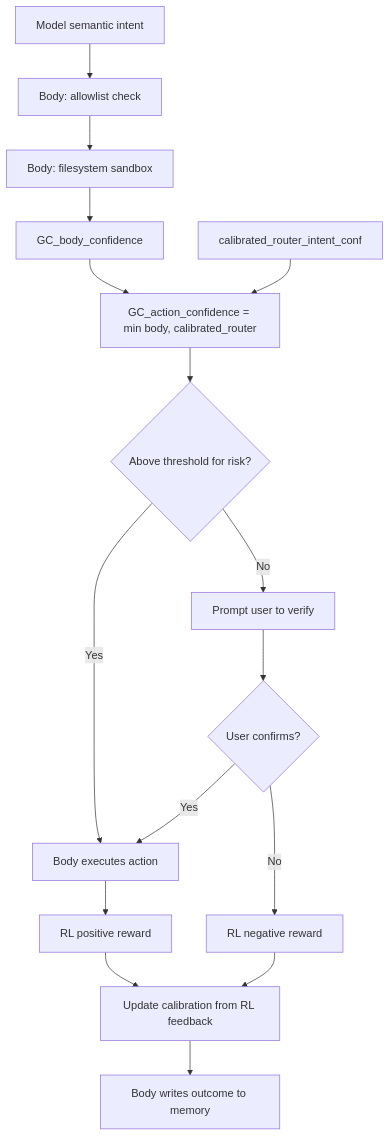
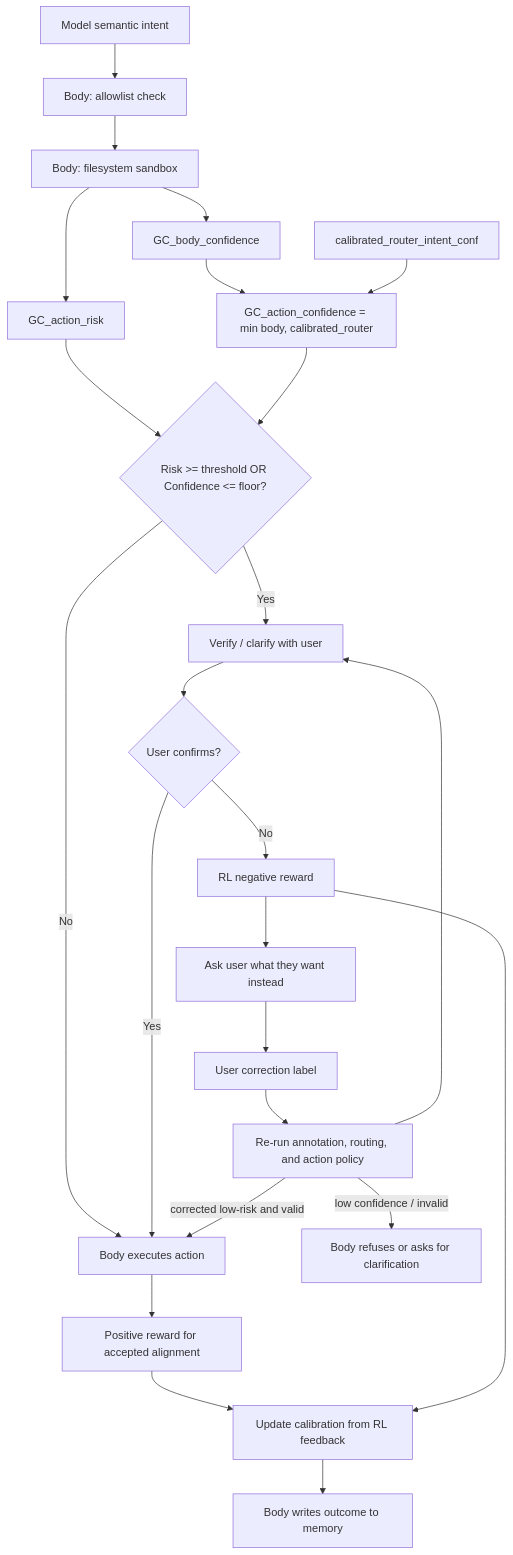
One commit to Reaper3825/G.R.I.M changed the second of 2 diagrams in .cursor/plans/multi-model_orchestration_plan_db0f5fca.plan.md. Above: the diagram before and after it, drawn with Mermaid. The commit also changed other lines of this file and 23 other files, not shown here.

````diff
--- a/.cursor/plans/multi-model_orchestration_plan_db0f5fca.plan.md
+++ b/.cursor/plans/multi-model_orchestration_plan_db0f5fca.plan.md
@@ -303,33 +854,46 @@
 ```mermaid
 flowchart TD
   ModelOut[Model semantic intent]
   Allowlist[Body: allowlist check]
   Sandbox[Body: filesystem sandbox]
+  RiskScore[GC_action_risk]
   BodyConf[GC_body_confidence]
   CalibratedRouter[calibrated_router_intent_conf]
   ActionConf[GC_action_confidence = min body, calibrated_router]
-  Gate{Above threshold for risk?}
+  VerifyGate{Risk >= threshold OR Confidence <= floor?}
   Execute[Body executes action]
-  PromptUser[Prompt user to verify]
+  PromptUser[Verify / clarify with user]
   UserConfirm{User confirms?}
-  RLReward[RL positive reward]
+  AskInstead[Ask user what they want instead]
+  Correction[User correction label]
+  Revalidate[Re-run annotation, routing, and action policy]
+  RefuseOrClarify[Body refuses or asks for clarification]
+  RLReward[Positive reward for accepted alignment]
   RLPunish[RL negative reward]
   Calibration[Update calibration from RL feedback]
   MemoryWrite[Body writes outcome to memory]
 
   ModelOut --> Allowlist
   Allowlist --> Sandbox
+  Sandbox --> RiskScore
   Sandbox --> BodyConf
   BodyConf --> ActionConf
   CalibratedRouter --> ActionConf
-  ActionConf --> Gate
-  Gate -->|Yes| Execute
-  Gate -->|No| PromptUser
+  RiskScore --> VerifyGate
+  ActionConf --> VerifyGate
+  VerifyGate -->|Yes| PromptUser
+  VerifyGate -->|No| Execute
   PromptUser --> UserConfirm
   UserConfirm -->|Yes| Execute
   UserConfirm -->|No| RLPunish
+  RLPunish --> AskInstead
+  AskInstead --> Correction
+  Correction --> Revalidate
+  Revalidate --> PromptUser
+  Revalidate -->|low confidence / invalid| RefuseOrClarify
   Execute --> RLReward
+  Revalidate -->|corrected low-risk and valid| Execute
   RLReward --> Calibration
   RLPunish --> Calibration
   Calibration --> MemoryWrite
 ```
````
